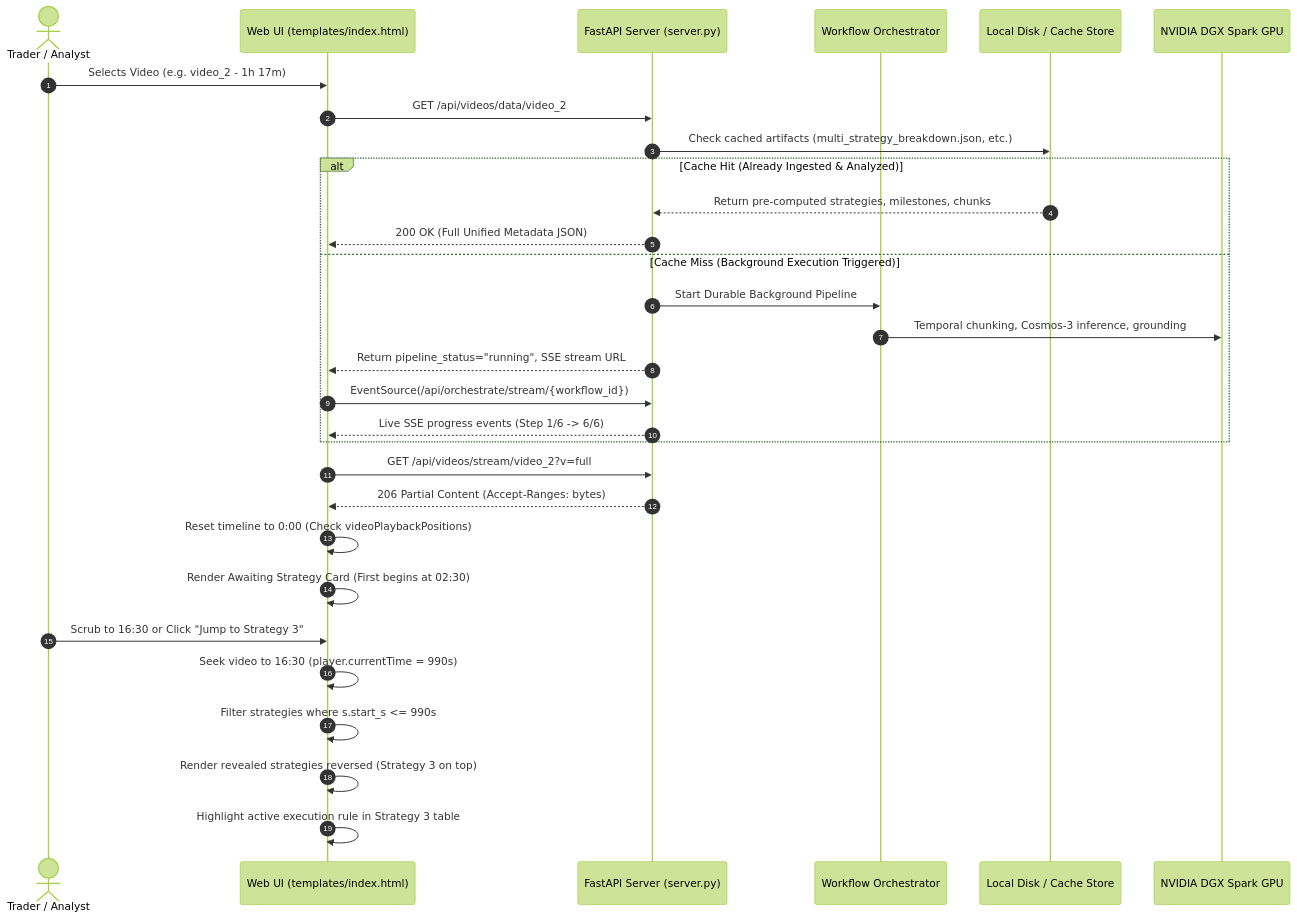
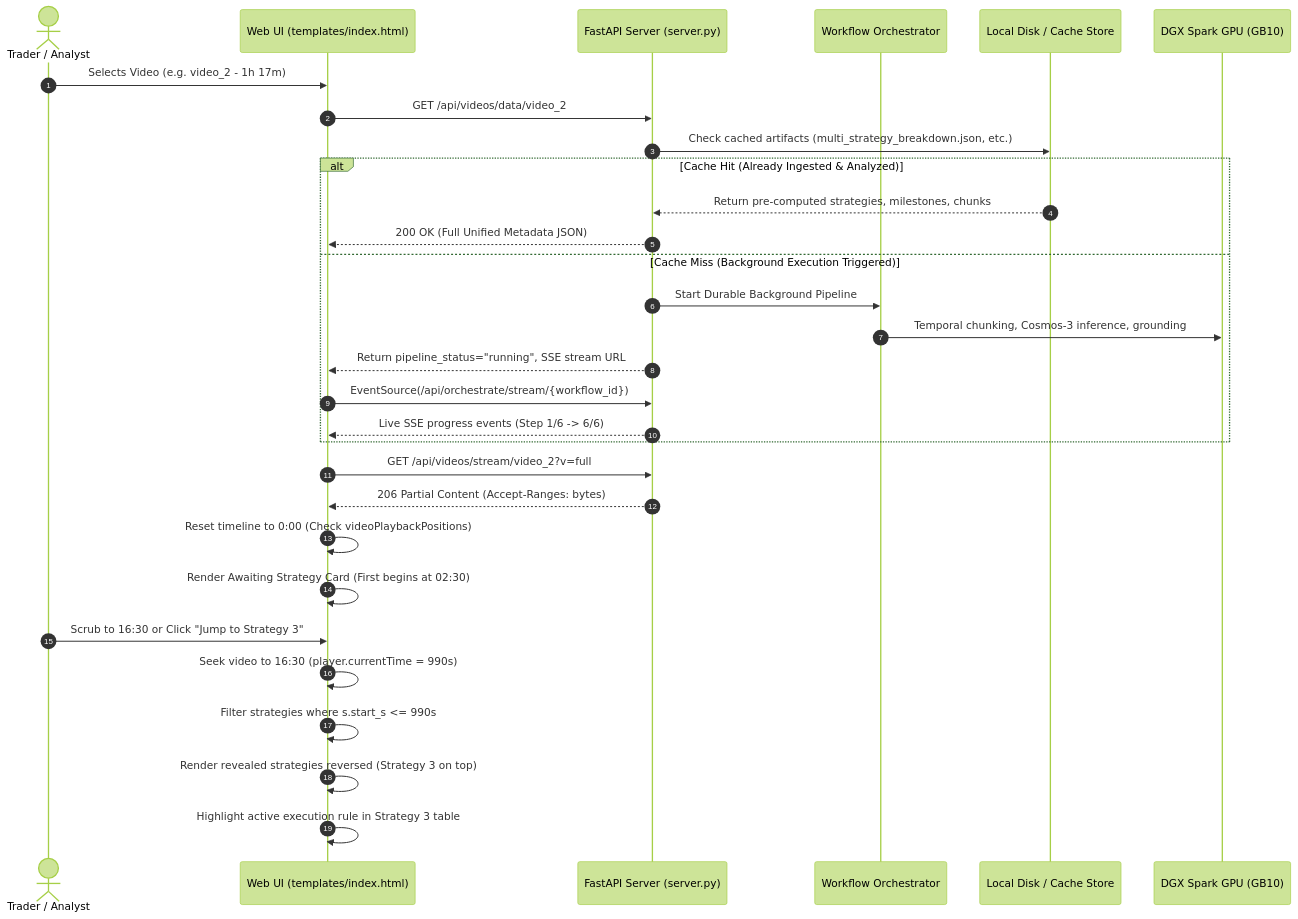
Before and after one commit to Apro123/trading-video-understanding: the second of 2 diagrams in architecture.md, drawn with Mermaid (forest theme). The commit also changed other lines of this file and 4 other files, not shown here.

Commit message:
docs: generalize deployment for standalone NVIDIA DGX Spark system

````diff
--- a/architecture.md
+++ b/architecture.md
@@ -110,36 +110,36 @@
 ```mermaid
 sequenceDiagram
     autonumber
     actor User as Trader / Analyst
     participant UI as Web UI (templates/index.html)
     participant Svr as FastAPI Server (server.py)
     participant Orch as Workflow Orchestrator
     participant Disc as Local Disk / Cache Store
-    participant GPU as NVIDIA DGX Spark GPU
+    participant GPU as DGX Spark GPU (GB10)
 
     User->>UI: Selects Video (e.g. video_2 - 1h 17m)
     UI->>Svr: GET /api/videos/data/video_2
     Svr->>Disc: Check cached artifacts (multi_strategy_breakdown.json, etc.)
     
     alt Cache Hit (Already Ingested & Analyzed)
         Disc-->>Svr: Return pre-computed strategies, milestones, chunks
         Svr-->>UI: 200 OK (Full Unified Metadata JSON)
     else Cache Miss (Background Execution Triggered)
         Svr->>Orch: Start Durable Background Pipeline
         Orch->>GPU: Temporal chunking, Cosmos-3 inference, grounding
         Svr-->>UI: Return pipeline_status="running", SSE stream URL
         UI->>Svr: EventSource(/api/orchestrate/stream/{workflow_id})
         Svr-->>UI: Live SSE progress events (Step 1/6 -> 6/6)
     end
 
     UI->>Svr: GET /api/videos/stream/video_2?v=full
     Svr-->>UI: 206 Partial Content (Accept-Ranges: bytes)
     UI->>UI: Reset timeline to 0:00 (Check videoPlaybackPositions)
     UI->>UI: Render Awaiting Strategy Card (First begins at 02:30)
     
     User->>UI: Scrub to 16:30 or Click "Jump to Strategy 3"
     UI->>UI: Seek video to 16:30 (player.currentTime = 990s)
     UI->>UI: Filter strategies where s.start_s <= 990s
     UI->>UI: Render revealed strategies reversed (Strategy 3 on top)
     UI->>UI: Highlight active execution rule in Strategy 3 table
 ```
````
